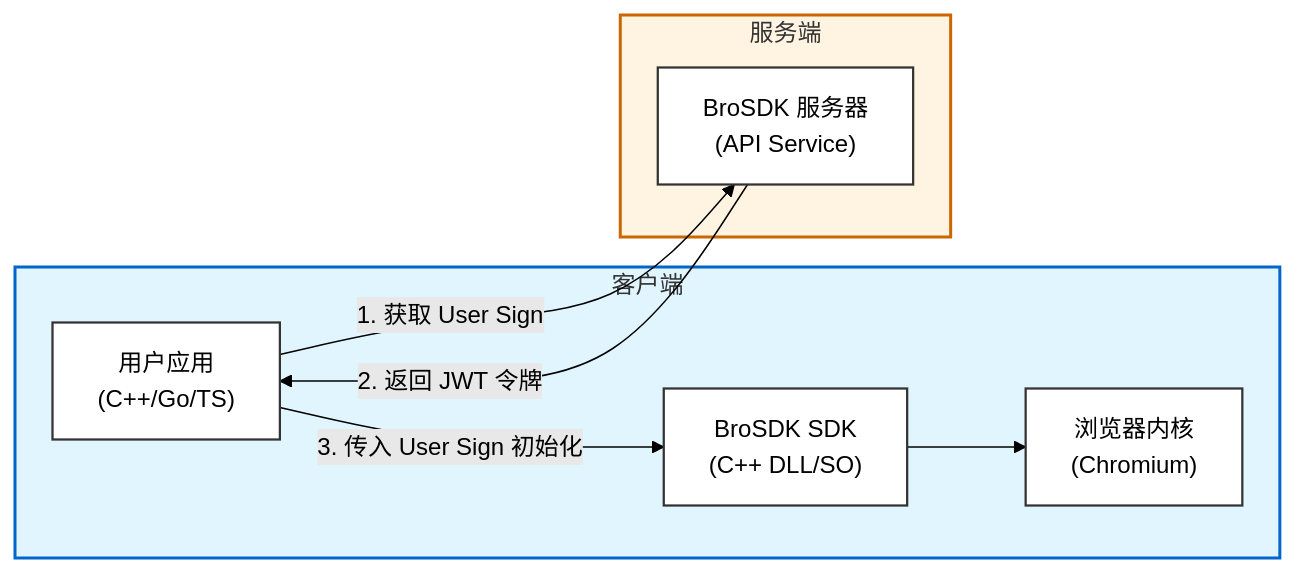
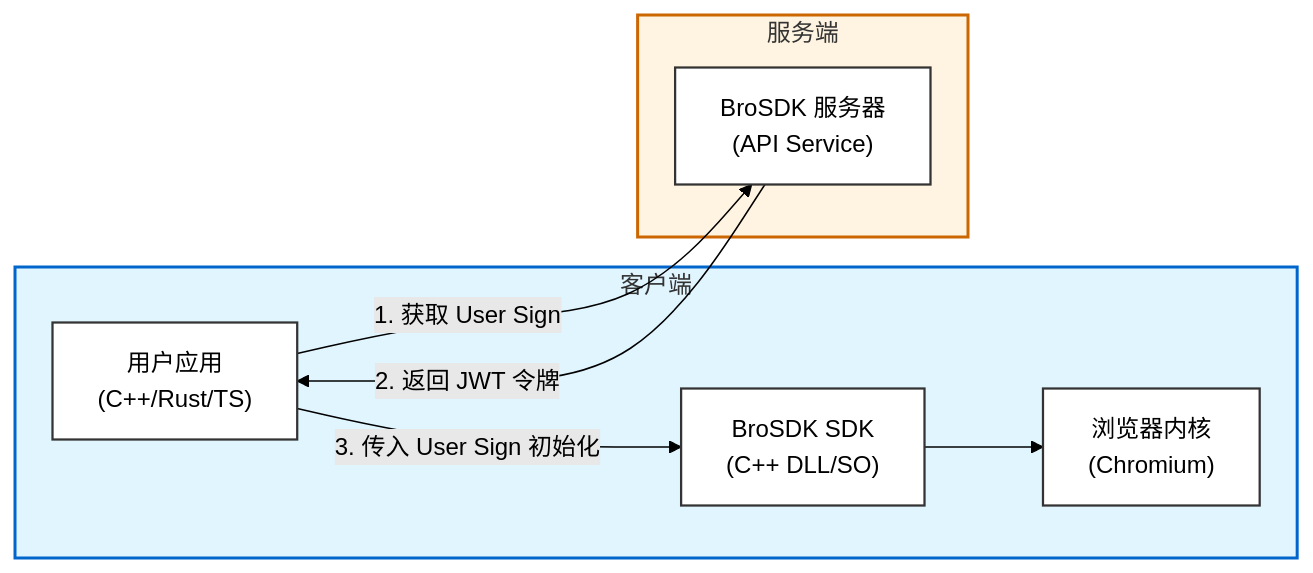
One commit to browsersdk/brosdk-docs changed the diagram in docs/index.md. Above: the diagram before and after it, drawn with Mermaid (forest theme). The commit also changed other lines of this file and 6 other files, not shown here.

````diff
--- a/docs/index.md
+++ b/docs/index.md
@@ -9,24 +9,24 @@
 ```mermaid
 flowchart LR
     subgraph Client["客户端"]
-        App["用户应用<br/>(C++/Go/TS)"]
+        App["用户应用<br/>(C++/Rust/TS)"]
         SDK["BroSDK SDK<br/>(C++ DLL/SO)"]
         Core["浏览器内核<br/>(Chromium)"]
     end
 
     subgraph Server["服务端"]
         API["BroSDK 服务器<br/>(API Service)"]
     end
 
     App -- "1. 获取 User Sign" --> API
     API -- "2. 返回 JWT 令牌" --> App
     App -- "3. 传入 User Sign 初始化" --> SDK
     SDK --> Core
 
     style Client fill:#e1f5ff,stroke:#0066cc,stroke-width:2px
     style Server fill:#fff4e1,stroke:#cc6600,stroke-width:2px
     style App fill:#ffffff,stroke:#333,stroke-width:1.5px
     style SDK fill:#ffffff,stroke:#333,stroke-width:1.5px
     style Core fill:#ffffff,stroke:#333,stroke-width:1.5px
     style API fill:#ffffff,stroke:#333,stroke-width:1.5px
 ```
````
